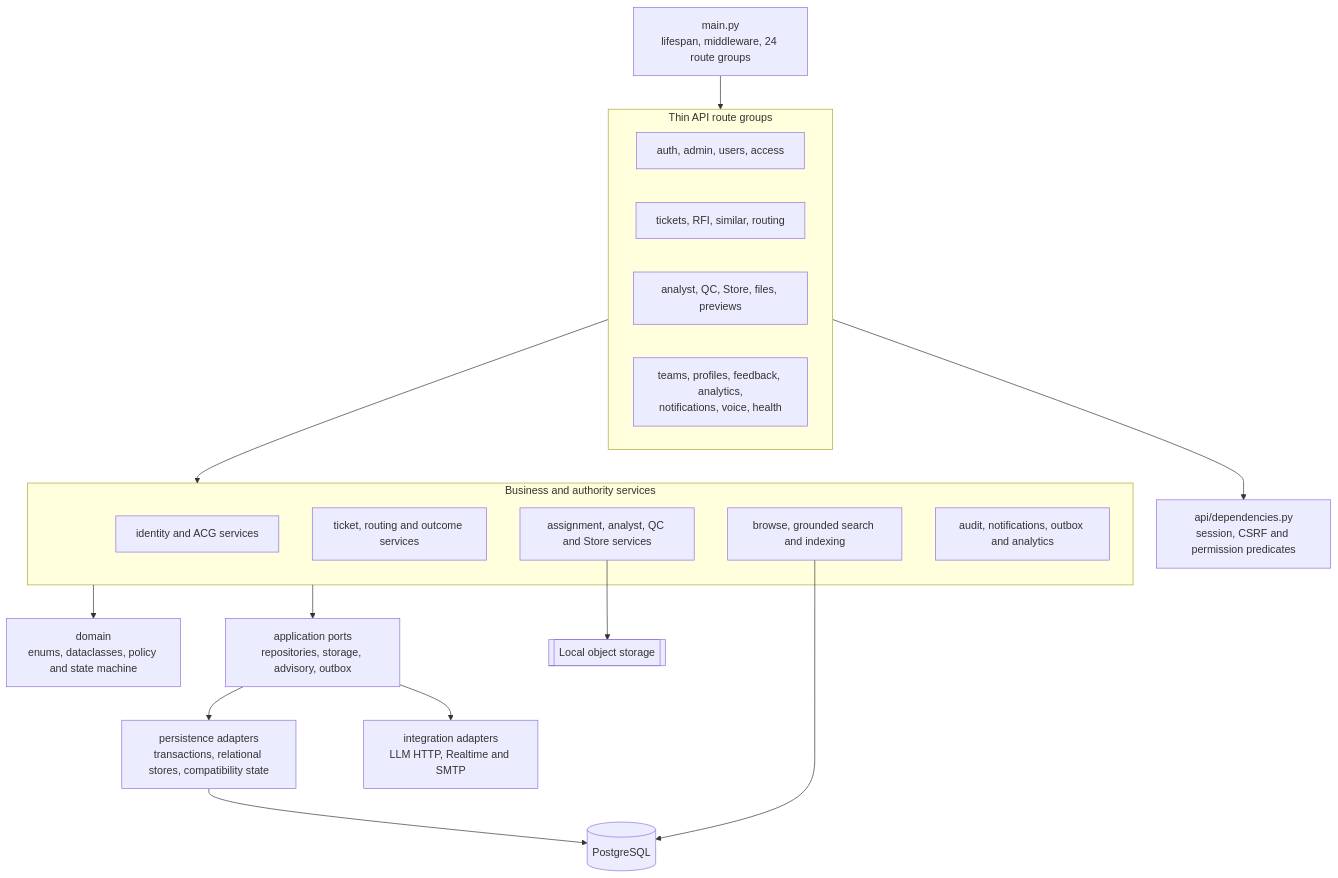
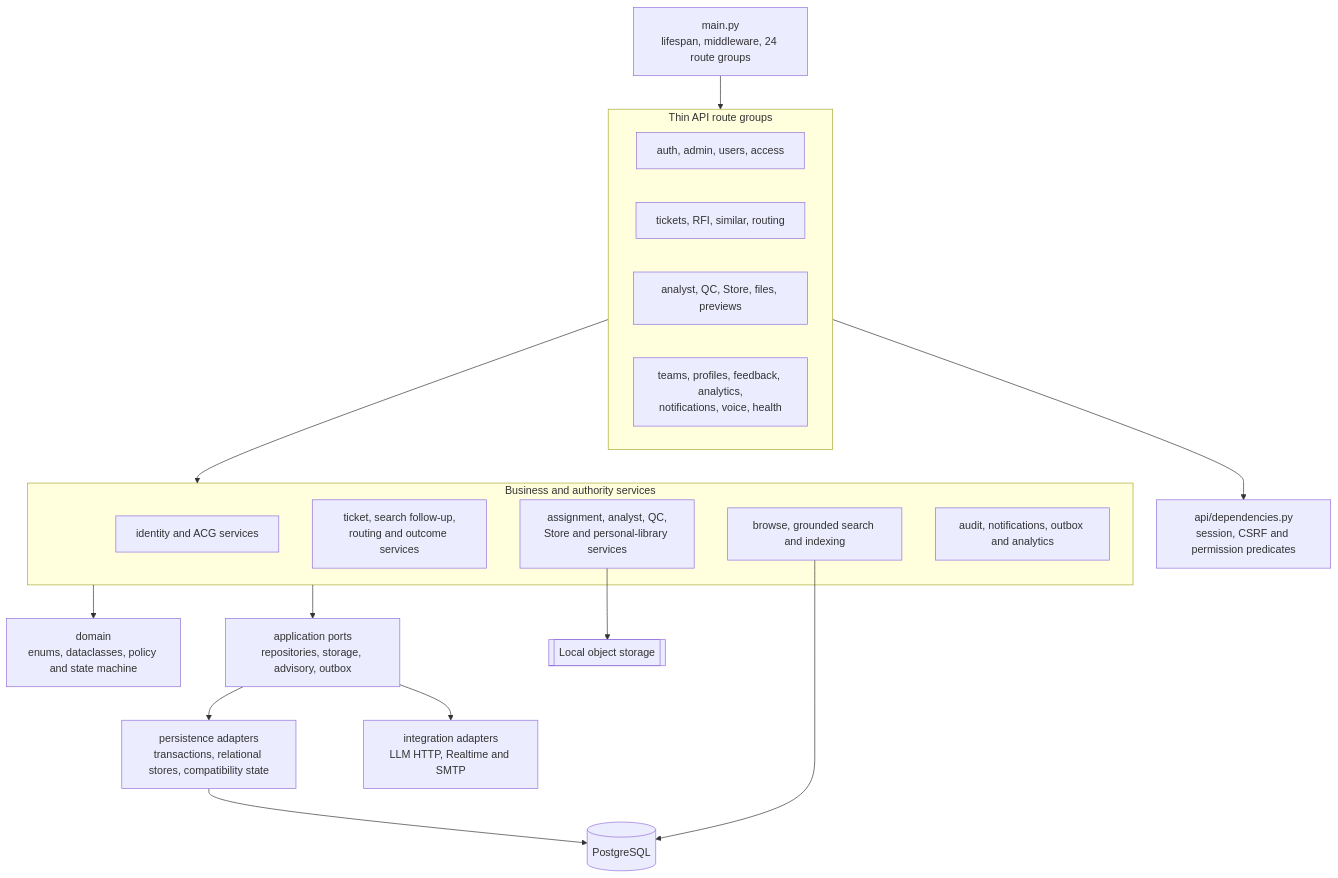
Before and after one commit to ShabalalaWATP/Coeus: the third of 5 diagrams in docs/architecture/APPLICATION_COMPONENTS.md, drawn with Mermaid. The commit also changed other lines of this file and 36 other files, not shown here.

Commit message:
docs: refresh interface and architecture guidance

````diff
--- a/docs/architecture/APPLICATION_COMPONENTS.md
+++ b/docs/architecture/APPLICATION_COMPONENTS.md
@@ -89,40 +89,40 @@
 ```mermaid
 flowchart TB
     accTitle: FastAPI backend component architecture
     accDescr: Thin route groups use shared dependencies and domain services, which call repository, integration and storage ports composed into PostgreSQL and local adapters.
 
     MAIN["main.py<br/>lifespan, middleware, 24 route groups"]
     DEP["api/dependencies.py<br/>session, CSRF and permission predicates"]
 
     subgraph routes["Thin API route groups"]
         IDR["auth, admin, users, access"]
         WR["tickets, RFI, similar, routing"]
         PR["analyst, QC, Store, files, previews"]
         OR["teams, profiles, feedback, analytics,<br/>notifications, voice, health"]
     end
 
     subgraph services["Business and authority services"]
         IDS["identity and ACG services"]
-        WFS["ticket, routing and outcome services"]
-        PROD["assignment, analyst, QC and Store services"]
+        WFS["ticket, search follow-up,<br/>routing and outcome services"]
+        PROD["assignment, analyst, QC,<br/>Store and personal-library services"]
         SEARCH["browse, grounded search and indexing"]
         OPS["audit, notifications, outbox and analytics"]
     end
 
     DOMAIN["domain<br/>enums, dataclasses, policy and state machine"]
     PORTS["application ports<br/>repositories, storage, advisory, outbox"]
     PERSIST["persistence adapters<br/>transactions, relational stores, compatibility state"]
     INTEG["integration adapters<br/>LLM HTTP, Realtime and SMTP"]
     PG[("PostgreSQL")]
     FS[["Local object storage"]]
 
     MAIN --> routes
     routes --> DEP
     routes --> services
     services --> DOMAIN
     services --> PORTS
     PORTS --> PERSIST --> PG
     PORTS --> INTEG
     PROD --> FS
     SEARCH --> PG
 ```
````
